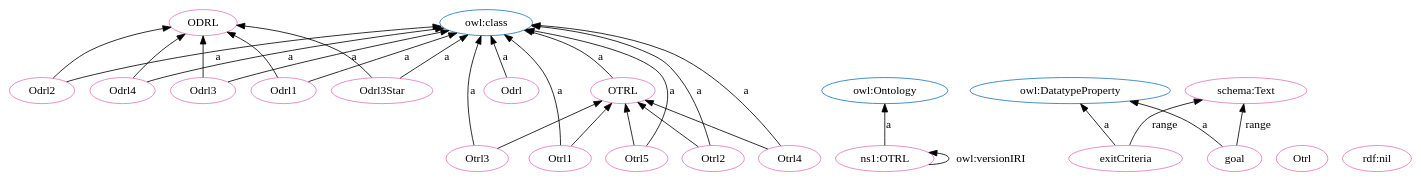
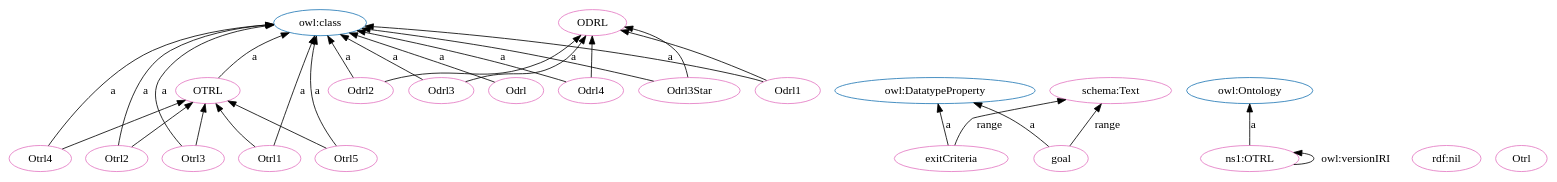
One commit to OPEN-NEXT/OKH-LOSH changed the diagram in OTRL.dot. Above: the diagram before and after it, drawn with Graphviz. The commit also changed other lines of this file and 16 other files, not shown here.

```diff
--- a/OTRL.dot
+++ b/OTRL.dot
@@ -1,56 +1,56 @@
 digraph G {
   rankdir=BT
   node[height=.3]
+"http://purl.org/oseg/ontologies/OTRL#OTRL" [fillcolor="#1f77b4" color="#1f77b4" label="OTRL"]
+"http://www.w3.org/2002/07/owl#DatatypeProperty" [fillcolor="#1f77b4" color="#1f77b4" label="owl:DatatypeProperty"]
+"http://www.w3.org/2002/07/owl#class" [fillcolor="#1f77b4" color="#1f77b4" label="owl:class"]
 "http://purl.org/oseg/ontologies/OTRL#ODRL" [fillcolor="#1f77b4" color="#1f77b4" label="ODRL"]
-"http://purl.org/oseg/ontologies/OTRL#OTRL" [fillcolor="#1f77b4" color="#1f77b4" label="OTRL"]
-"http://www.w3.org/2002/07/owl#class" [fillcolor="#1f77b4" color="#1f77b4" label="owl:class"]
 "http://www.w3.org/2002/07/owl#Ontology" [fillcolor="#1f77b4" color="#1f77b4" label="owl:Ontology"]
-"http://www.w3.org/2002/07/owl#DatatypeProperty" [fillcolor="#1f77b4" color="#1f77b4" label="owl:DatatypeProperty"]
+"http://schema.org/Text" [fillcolor="#e377c2" color="#e377c2" label="schema:Text"]
+"http://purl.org/oseg/ontologies/OTRL#OTRL" [fillcolor="#e377c2" color="#e377c2" label="OTRL"]
+"http://purl.org/oseg/ontologies/OTRL#exitCriteria" [fillcolor="#e377c2" color="#e377c2" label="exitCriteria"]
+"http://purl.org/oseg/ontologies/OTRL#Odrl" [fillcolor="#e377c2" color="#e377c2" label="Odrl"]
 "http://purl.org/oseg/ontologies/OTRL#ODRL" [fillcolor="#e377c2" color="#e377c2" label="ODRL"]
+"http://purl.org/oseg/ontologies/OTRL#Otrl3" [fillcolor="#e377c2" color="#e377c2" label="Otrl3"]
+"http://purl.org/oseg/ontologies/OTRL#Odrl3Star" [fillcolor="#e377c2" color="#e377c2" label="Odrl3Star"]
+"http://purl.org/oseg/ontologies/OTRL#Otrl1" [fillcolor="#e377c2" color="#e377c2" label="Otrl1"]
+"http://purl.org/oseg/ontologies/OTRL#Otrl2" [fillcolor="#e377c2" color="#e377c2" label="Otrl2"]
+"http://purl.org/oseg/ontologies/OTRL#Odrl3" [fillcolor="#e377c2" color="#e377c2" label="Odrl3"]
+"http://www.w3.org/1999/02/22-rdf-syntax-ns#nil" [fillcolor="#e377c2" color="#e377c2" label="rdf:nil"]
+"http://purl.org/oseg/ontologies/OTRL#goal" [fillcolor="#e377c2" color="#e377c2" label="goal"]
+"http://purl.org/oseg/ontologies/OTRL#Otrl4" [fillcolor="#e377c2" color="#e377c2" label="Otrl4"]
+"http://purl.org/oseg/ontologies/OTRL#Odrl2" [fillcolor="#e377c2" color="#e377c2" label="Odrl2"]
+"http://purl.org/oseg/ontologies/OTRL#Otrl5" [fillcolor="#e377c2" color="#e377c2" label="Otrl5"]
+"http://purl.org/oseg/ontologies/OTRL" [fillcolor="#e377c2" color="#e377c2" label="ns1:OTRL"]
+"http://purl.org/oseg/ontologies/OTRL#Odrl4" [fillcolor="#e377c2" color="#e377c2" label="Odrl4"]
+"http://purl.org/oseg/ontologies/OTRL#Odrl1" [fillcolor="#e377c2" color="#e377c2" label="Odrl1"]
 "http://purl.org/oseg/ontologies/OTRL#Otrl" [fillcolor="#e377c2" color="#e377c2" label="Otrl"]
-"http://purl.org/oseg/ontologies/OTRL#Odrl2" [fillcolor="#e377c2" color="#e377c2" label="Odrl2"]
-"http://purl.org/oseg/ontologies/OTRL#OTRL" [fillcolor="#e377c2" color="#e377c2" label="OTRL"]
-"http://schema.org/Text" [fillcolor="#e377c2" color="#e377c2" label="schema:Text"]
-"http://purl.org/oseg/ontologies/OTRL#Odrl4" [fillcolor="#e377c2" color="#e377c2" label="Odrl4"]
-"http://www.w3.org/1999/02/22-rdf-syntax-ns#nil" [fillcolor="#e377c2" color="#e377c2" label="rdf:nil"]
-"http://purl.org/oseg/ontologies/OTRL#Odrl" [fillcolor="#e377c2" color="#e377c2" label="Odrl"]
-"http://purl.org/oseg/ontologies/OTRL#Otrl3" [fillcolor="#e377c2" color="#e377c2" label="Otrl3"]
-"http://purl.org/oseg/ontologies/OTRL#Otrl1" [fillcolor="#e377c2" color="#e377c2" label="Otrl1"]
-"http://purl.org/oseg/ontologies/OTRL#Odrl3" [fillcolor="#e377c2" color="#e377c2" label="Odrl3"]
-"http://purl.org/oseg/ontologies/OTRL#Otrl5" [fillcolor="#e377c2" color="#e377c2" label="Otrl5"]
-"http://purl.org/oseg/ontologies/OTRL#exitCriteria" [fillcolor="#e377c2" color="#e377c2" label="exitCriteria"]
-"http://purl.org/oseg/ontologies/OTRL#Odrl1" [fillcolor="#e377c2" color="#e377c2" label="Odrl1"]
-"http://purl.org/oseg/ontologies/OTRL#goal" [fillcolor="#e377c2" color="#e377c2" label="goal"]
-"http://purl.org/oseg/ontologies/OTRL" [fillcolor="#e377c2" color="#e377c2" label="ns1:OTRL"]
-"http://purl.org/oseg/ontologies/OTRL#Otrl2" [fillcolor="#e377c2" color="#e377c2" label="Otrl2"]
-"http://purl.org/oseg/ontologies/OTRL#Odrl3Star" [fillcolor="#e377c2" color="#e377c2" label="Odrl3Star"]
-"http://purl.org/oseg/ontologies/OTRL#Otrl4" [fillcolor="#e377c2" color="#e377c2" label="Otrl4"]
+  "http://purl.org/oseg/ontologies/OTRL#exitCriteria" -> "http://www.w3.org/2002/07/owl#DatatypeProperty" [label="a"]
+  "http://purl.org/oseg/ontologies/OTRL#Odrl" -> "http://www.w3.org/2002/07/owl#class" [label="a"]
+  "http://purl.org/oseg/ontologies/OTRL#Otrl3" -> "http://www.w3.org/2002/07/owl#class" [label="a"]
+  "http://purl.org/oseg/ontologies/OTRL#Odrl3Star" -> "http://www.w3.org/2002/07/owl#class" [label="a"]
+  "http://purl.org/oseg/ontologies/OTRL#Otrl1" -> "http://www.w3.org/2002/07/owl#class" [label="a"]
+  "http://purl.org/oseg/ontologies/OTRL#Otrl2" -> "http://www.w3.org/2002/07/owl#class" [label="a"]
+  "http://purl.org/oseg/ontologies/OTRL#Odrl3Star" -> "http://purl.org/oseg/ontologies/OTRL#ODRL" [label=""]
+  "http://purl.org/oseg/ontologies/OTRL#Odrl3" -> "http://www.w3.org/2002/07/owl#class" [label="a"]
   "http://purl.org/oseg/ontologies/OTRL#Odrl3" -> "http://purl.org/oseg/ontologies/OTRL#ODRL" [label=""]
-  "http://purl.org/oseg/ontologies/OTRL#Otrl1" -> "http://www.w3.org/2002/07/owl#class" [label="a"]
   "http://purl.org/oseg/ontologies/OTRL#Otrl5" -> "http://www.w3.org/2002/07/owl#class" [label="a"]
+  "http://purl.org/oseg/ontologies/OTRL#OTRL" -> "http://www.w3.org/2002/07/owl#class" [label="a"]
+  "http://purl.org/oseg/ontologies/OTRL#Otrl5" -> "http://purl.org/oseg/ontologies/OTRL#OTRL" [label=""]
+  "http://purl.org/oseg/ontologies/OTRL#Odrl1" -> "http://purl.org/oseg/ontologies/OTRL#ODRL" [label=""]
+  "http://purl.org/oseg/ontologies/OTRL#Otrl2" -> "http://purl.org/oseg/ontologies/OTRL#OTRL" [label=""]
+  "http://purl.org/oseg/ontologies/OTRL#Odrl2" -> "http://purl.org/oseg/ontologies/OTRL#ODRL" [label=""]
+  "http://purl.org/oseg/ontologies/OTRL#exitCriteria" -> "http://schema.org/Text" [label="range"]
+  "http://purl.org/oseg/ontologies/OTRL#Otrl4" -> "http://purl.org/oseg/ontologies/OTRL#OTRL" [label=""]
+  "http://purl.org/oseg/ontologies/OTRL#goal" -> "http://schema.org/Text" [label="range"]
+  "http://purl.org/oseg/ontologies/OTRL#Odrl4" -> "http://purl.org/oseg/ontologies/OTRL#ODRL" [label=""]
   "http://purl.org/oseg/ontologies/OTRL#goal" -> "http://www.w3.org/2002/07/owl#DatatypeProperty" [label="a"]
+  "http://purl.org/oseg/ontologies/OTRL#Otrl4" -> "http://www.w3.org/2002/07/owl#class" [label="a"]
+  "http://purl.org/oseg/ontologies/OTRL#Odrl2" -> "http://www.w3.org/2002/07/owl#class" [label="a"]
+  "http://purl.org/oseg/ontologies/OTRL" -> "http://www.w3.org/2002/07/owl#Ontology" [label="a"]
+  "http://purl.org/oseg/ontologies/OTRL#Odrl4" -> "http://www.w3.org/2002/07/owl#class" [label="a"]
+  "http://purl.org/oseg/ontologies/OTRL#Odrl1" -> "http://www.w3.org/2002/07/owl#class" [label="a"]
+  "http://purl.org/oseg/ontologies/OTRL#Otrl3" -> "http://purl.org/oseg/ontologies/OTRL#OTRL" [label=""]
   "http://purl.org/oseg/ontologies/OTRL#Otrl1" -> "http://purl.org/oseg/ontologies/OTRL#OTRL" [label=""]
-  "http://purl.org/oseg/ontologies/OTRL#Otrl5" -> "http://purl.org/oseg/ontologies/OTRL#OTRL" [label=""]
-  "http://purl.org/oseg/ontologies/OTRL#Odrl2" -> "http://purl.org/oseg/ontologies/OTRL#ODRL" [label=""]
-  "http://purl.org/oseg/ontologies/OTRL#Odrl3Star" -> "http://purl.org/oseg/ontologies/OTRL#ODRL" [label=""]
-  "http://purl.org/oseg/ontologies/OTRL#Odrl3Star" -> "http://www.w3.org/2002/07/owl#class" [label="a"]
-  "http://purl.org/oseg/ontologies/OTRL#OTRL" -> "http://www.w3.org/2002/07/owl#class" [label="a"]
-  "http://purl.org/oseg/ontologies/OTRL#Odrl1" -> "http://purl.org/oseg/ontologies/OTRL#ODRL" [label=""]
-  "http://purl.org/oseg/ontologies/OTRL#Otrl4" -> "http://www.w3.org/2002/07/owl#class" [label="a"]
   "http://purl.org/oseg/ontologies/OTRL" -> "http://purl.org/oseg/ontologies/OTRL" [label="owl:versionIRI"]
-  "http://purl.org/oseg/ontologies/OTRL#exitCriteria" -> "http://www.w3.org/2002/07/owl#DatatypeProperty" [label="a"]
-  "http://purl.org/oseg/ontologies/OTRL#Odrl4" -> "http://purl.org/oseg/ontologies/OTRL#ODRL" [label=""]
-  "http://purl.org/oseg/ontologies/OTRL#Odrl2" -> "http://www.w3.org/2002/07/owl#class" [label="a"]
-  "http://purl.org/oseg/ontologies/OTRL#Otrl2" -> "http://purl.org/oseg/ontologies/OTRL#OTRL" [label=""]
-  "http://purl.org/oseg/ontologies/OTRL#exitCriteria" -> "http://schema.org/Text" [label="range"]
-  "http://purl.org/oseg/ontologies/OTRL#Odrl4" -> "http://www.w3.org/2002/07/owl#class" [label="a"]
-  "http://purl.org/oseg/ontologies/OTRL#goal" -> "http://schema.org/Text" [label="range"]
-  "http://purl.org/oseg/ontologies/OTRL#Otrl3" -> "http://www.w3.org/2002/07/owl#class" [label="a"]
-  "http://purl.org/oseg/ontologies/OTRL#Odrl3" -> "http://www.w3.org/2002/07/owl#class" [label="a"]
-  "http://purl.org/oseg/ontologies/OTRL#Odrl1" -> "http://www.w3.org/2002/07/owl#class" [label="a"]
-  "http://purl.org/oseg/ontologies/OTRL" -> "http://www.w3.org/2002/07/owl#Ontology" [label="a"]
-  "http://purl.org/oseg/ontologies/OTRL#Otrl4" -> "http://purl.org/oseg/ontologies/OTRL#OTRL" [label=""]
-  "http://purl.org/oseg/ontologies/OTRL#Otrl2" -> "http://www.w3.org/2002/07/owl#class" [label="a"]
-  "http://purl.org/oseg/ontologies/OTRL#Otrl3" -> "http://purl.org/oseg/ontologies/OTRL#OTRL" [label=""]
-  "http://purl.org/oseg/ontologies/OTRL#Odrl" -> "http://www.w3.org/2002/07/owl#class" [label="a"]
 }
```
